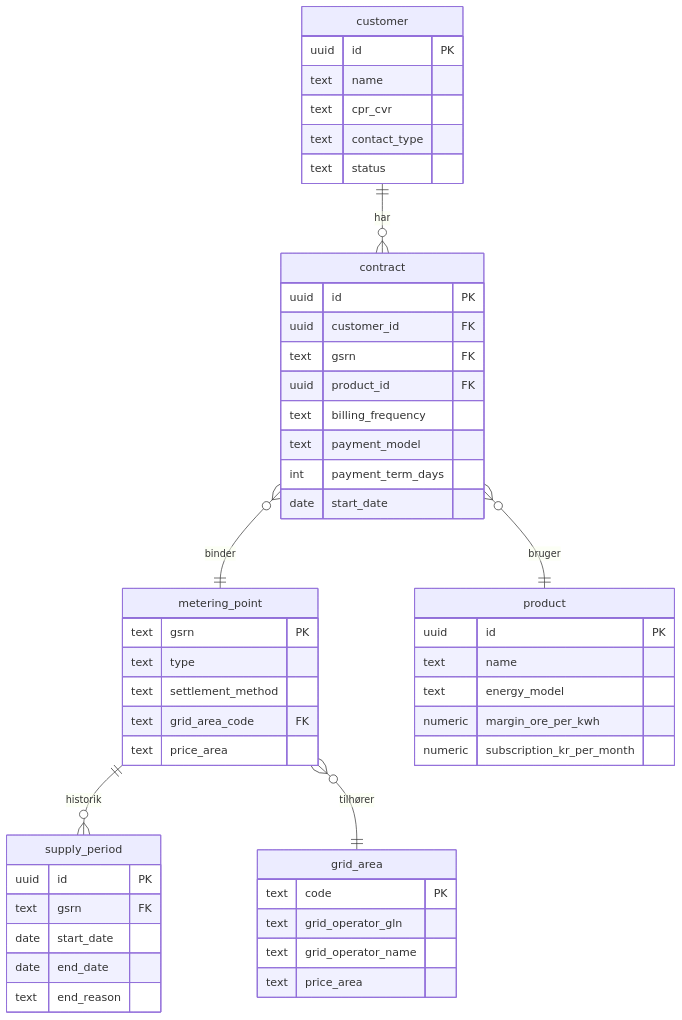
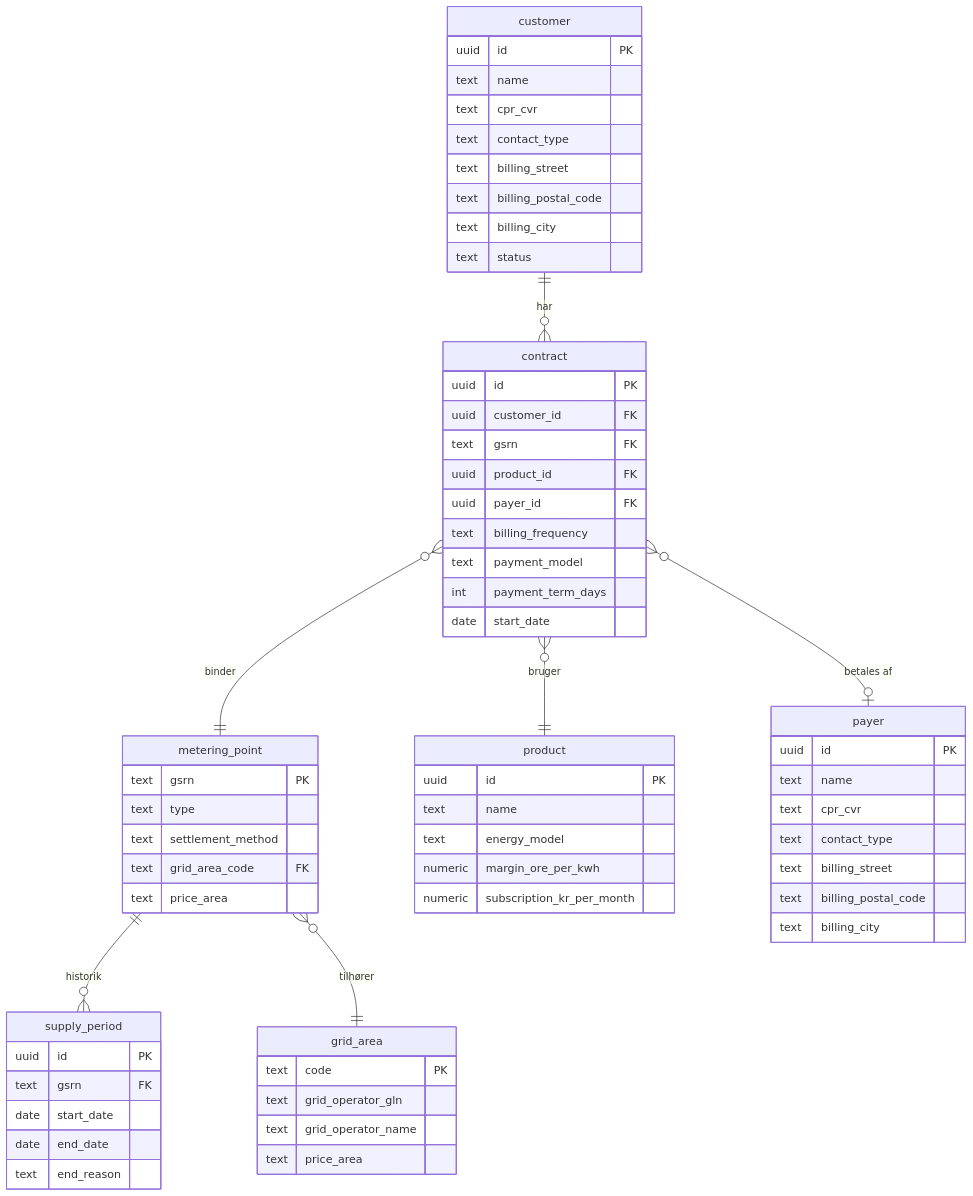
One commit to kloppnr1/DataHub.Exploration changed the first of 3 diagrams in docs/3-architecture/datahub3-database-model.md. Above: the diagram before and after it, drawn with Mermaid. The commit also changed other lines of this file and 18 other files, not shown here.

First line of the commit message:
Add billing address and payer support: customer ≠ supply point ≠ payer

````diff
--- a/docs/3-architecture/datahub3-database-model.md
+++ b/docs/3-architecture/datahub3-database-model.md
@@ -151,53 +189,67 @@
 ```mermaid
 erDiagram
     customer ||--o{ contract : "har"
     contract }o--|| metering_point : "binder"
     contract }o--|| product : "bruger"
+    contract }o--o| payer : "betales af"
     metering_point ||--o{ supply_period : "historik"
     metering_point }o--|| grid_area : "tilhører"
 
     customer {
         uuid id PK
         text name
         text cpr_cvr
         text contact_type
+        text billing_street
+        text billing_postal_code
+        text billing_city
         text status
+    }
+    payer {
+        uuid id PK
+        text name
+        text cpr_cvr
+        text contact_type
+        text billing_street
+        text billing_postal_code
+        text billing_city
     }
     contract {
         uuid id PK
         uuid customer_id FK
         text gsrn FK
         uuid product_id FK
+        uuid payer_id FK
         text billing_frequency
         text payment_model
         int payment_term_days
         date start_date
     }
     metering_point {
         text gsrn PK
         text type
         text settlement_method
         text grid_area_code FK
         text price_area
     }
     product {
         uuid id PK
         text name
         text energy_model
         numeric margin_ore_per_kwh
         numeric subscription_kr_per_month
     }
     supply_period {
         uuid id PK
         text gsrn FK
         date start_date
         date end_date
         text end_reason
     }
     grid_area {
         text code PK
         text grid_operator_gln
         text grid_operator_name
         text price_area
     }
 ```
````
